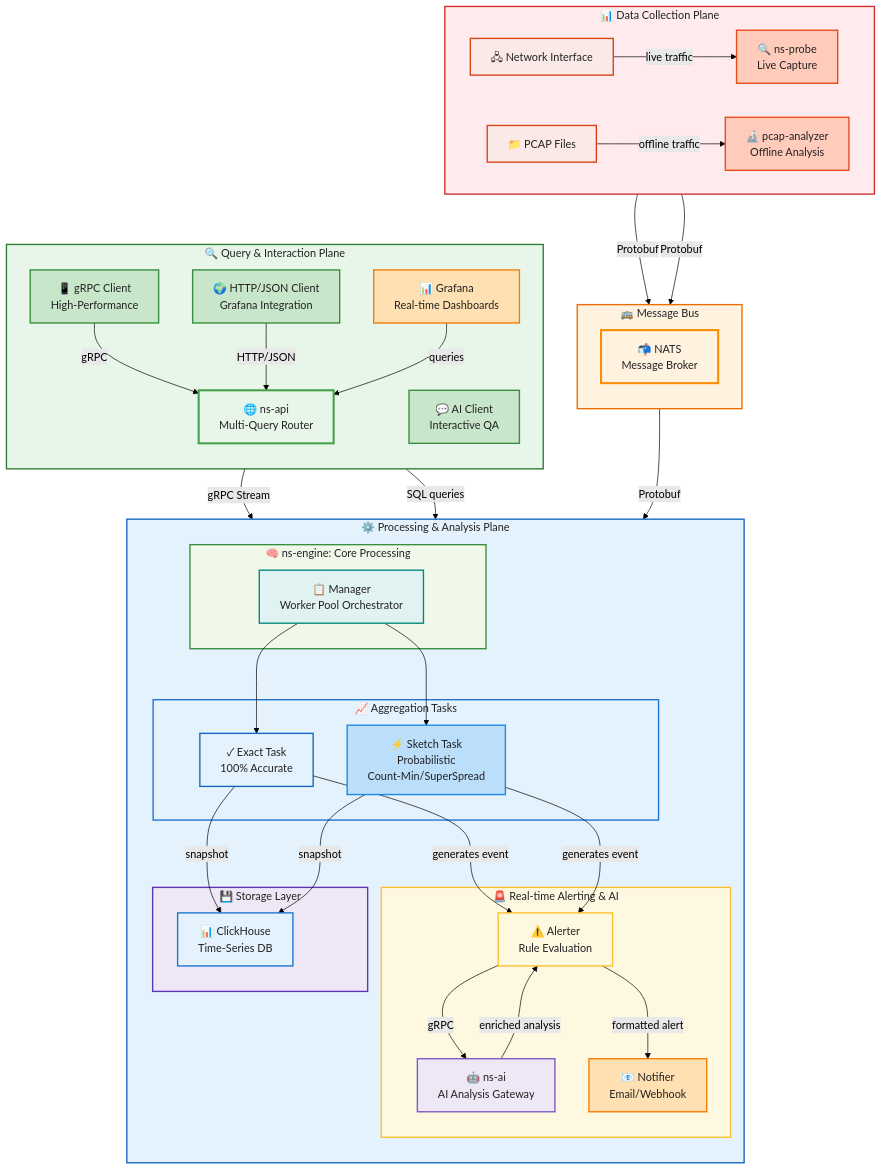
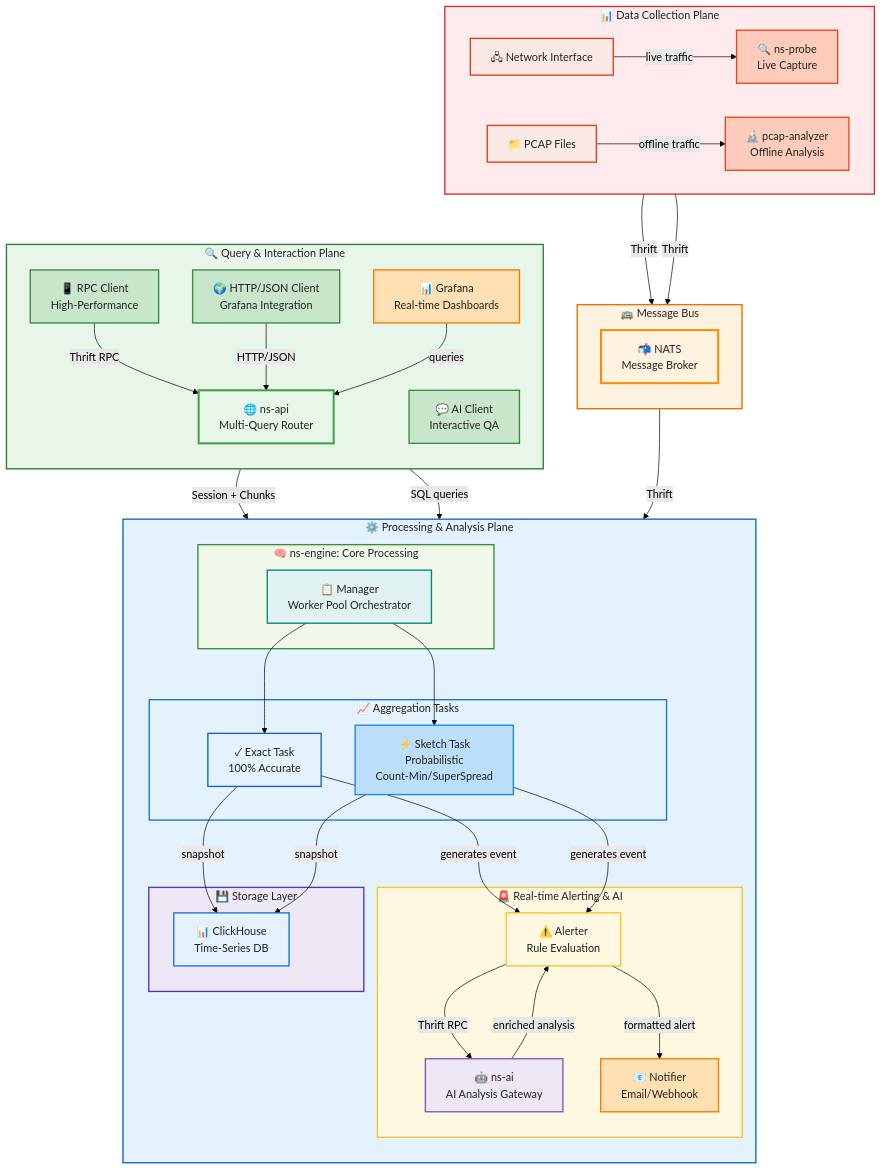
One commit to Decade-qiu/Go2NetSpectra changed the diagram in README.md. Above: the diagram before and after it, drawn with Mermaid (forest theme). The commit also changed other lines of this file and 81 other files, not shown here.

```diff
--- a/README.md
+++ b/README.md
@@ -108,7 +108,7 @@
         SketchTask -->|snapshot| ClickHouse
         ExactTask -->|generates event| Alerter
         SketchTask -->|generates event| Alerter
-        Alerter -->|gRPC| AI_Service
+        Alerter -->|Thrift RPC| AI_Service
         AI_Service -->|enriched analysis| Alerter
         Alerter -->|formatted alert| Notifier
         
@@ -123,7 +123,7 @@
         direction TB
         
         API["🌐 ns-api<br/>Multi-Query Router"]
-        GrpcClient["📱 gRPC Client<br/>High-Performance"]
+        GrpcClient["📱 RPC Client<br/>High-Performance"]
         HttpClient["🌍 HTTP/JSON Client<br/>Grafana Integration"]
         AI_Client["💬 AI Client<br/>Interactive QA"]
         Grafana["📊 Grafana<br/>Real-time Dashboards"]
@@ -135,13 +135,13 @@
         style Grafana fill:#ffe0b2,stroke:#f57c00,stroke-width:2px,color:#222
     end
 
-    Probe -->|Protobuf| NATS
-    Analyzer -->|Protobuf| NATS
-    NATS -->|Protobuf| Manager
-    
-    GrpcClient -->|gRPC| API
+    Probe -->|Thrift| NATS
+    Analyzer -->|Thrift| NATS
+    NATS -->|Thrift| Manager
+   
+    GrpcClient -->|Thrift RPC| API
     HttpClient -->|HTTP/JSON| API
-    AI_Client -->|gRPC Stream| AI_Service
+    AI_Client -->|Session + Chunks| AI_Service
     API -->|SQL queries| ClickHouse
     Grafana -->|queries| API
 
```
